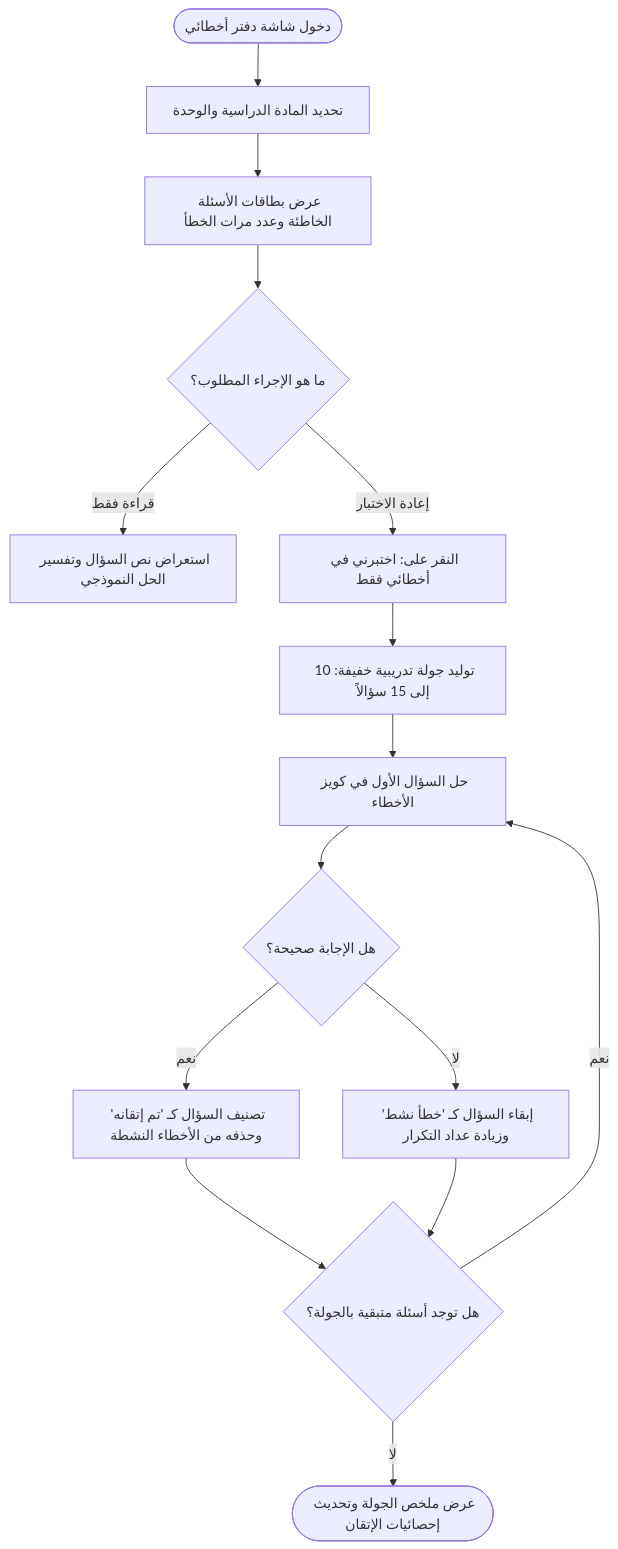
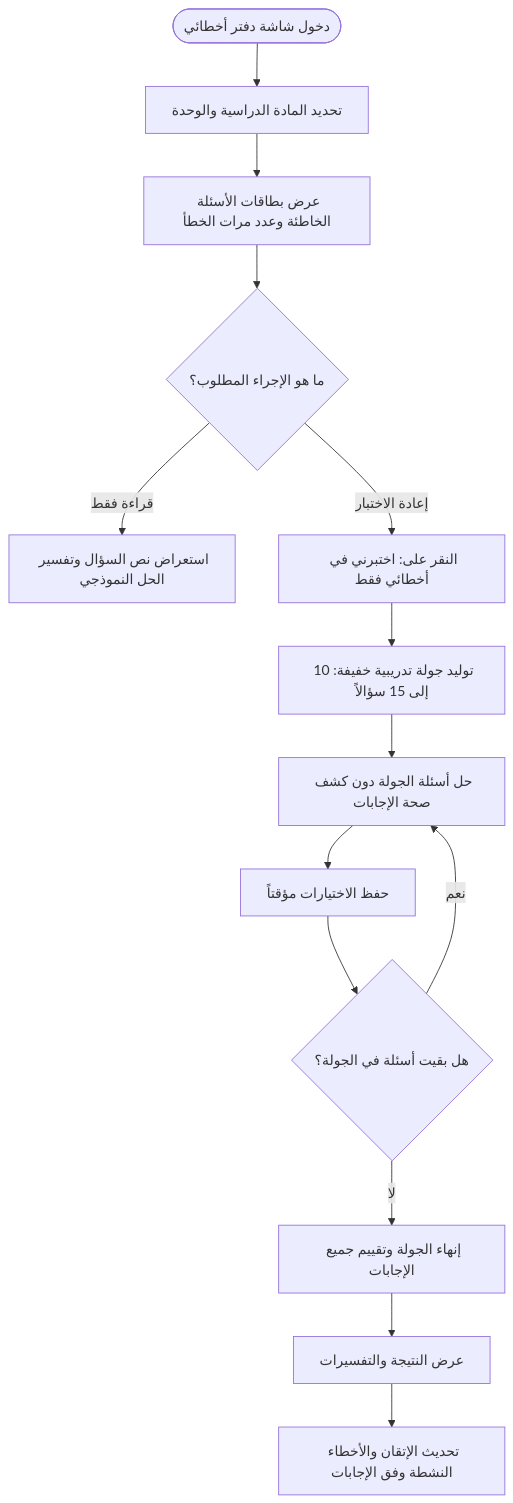
One commit to IUG2006/sanad-tawjihi changed the second of 3 diagrams in docs/PRD.md. Above: the diagram before and after it, drawn with Mermaid. The commit also changed other lines of this file and 12 other files, not shown here.

````diff
--- a/docs/PRD.md
+++ b/docs/PRD.md
@@ -315,17 +378,16 @@
 ```mermaid
 flowchart TD
     A([دخول شاشة دفتر أخطائي]) --> B[تحديد المادة الدراسية والوحدة]
     B --> C[عرض بطاقات الأسئلة الخاطئة وعدد مرات الخطأ]
     C --> D{ما هو الإجراء المطلوب؟}
     D -->|قراءة فقط| E[استعراض نص السؤال وتفسير الحل النموذجي]
     D -->|إعادة الاختبار| F[النقر على: اختبرني في أخطائي فقط]
     F --> G[توليد جولة تدريبية خفيفة: 10 إلى 15 سؤالاً]
-    G --> H[حل السؤال الأول في كويز الأخطاء]
-    H --> I{هل الإجابة صحيحة؟}
-    I -->|نعم| J[تصنيف السؤال كـ 'تم إتقانه' وحذفه من الأخطاء النشطة]
-    I -->|لا| K[إبقاء السؤال كـ 'خطأ نشط' وزيادة عداد التكرار]
-    J --> L{هل توجد أسئلة متبقية بالجولة؟}
-    K --> L
-    L -->|نعم| H
-    L -->|لا| M([عرض ملخص الجولة وتحديث إحصائيات الإتقان])
+    G --> H[حل أسئلة الجولة دون كشف صحة الإجابات]
+    H --> I[حفظ الاختيارات مؤقتاً]
+    I --> J{هل بقيت أسئلة في الجولة؟}
+    J -->|نعم| H
+    J -->|لا| K[إنهاء الجولة وتقييم جميع الإجابات]
+    K --> L[عرض النتيجة والتفسيرات]
+    L --> M[تحديث الإتقان والأخطاء النشطة وفق الإجابات]
 ```
````
